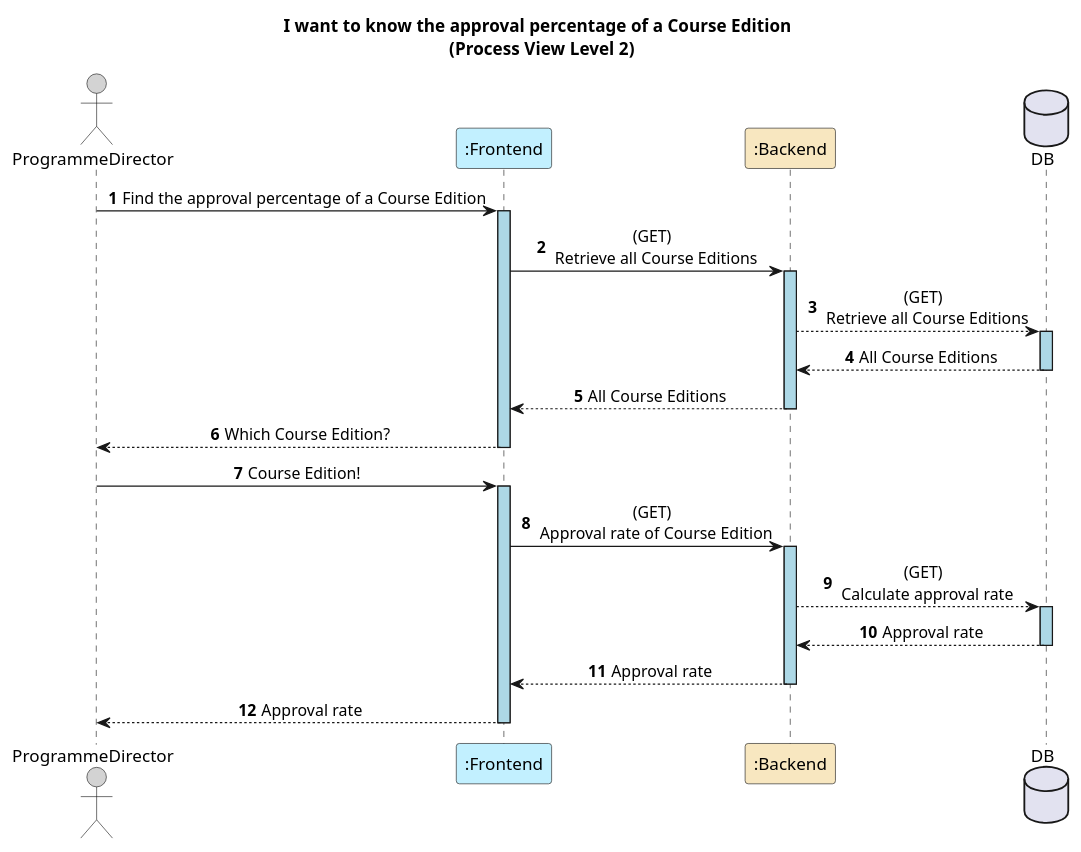
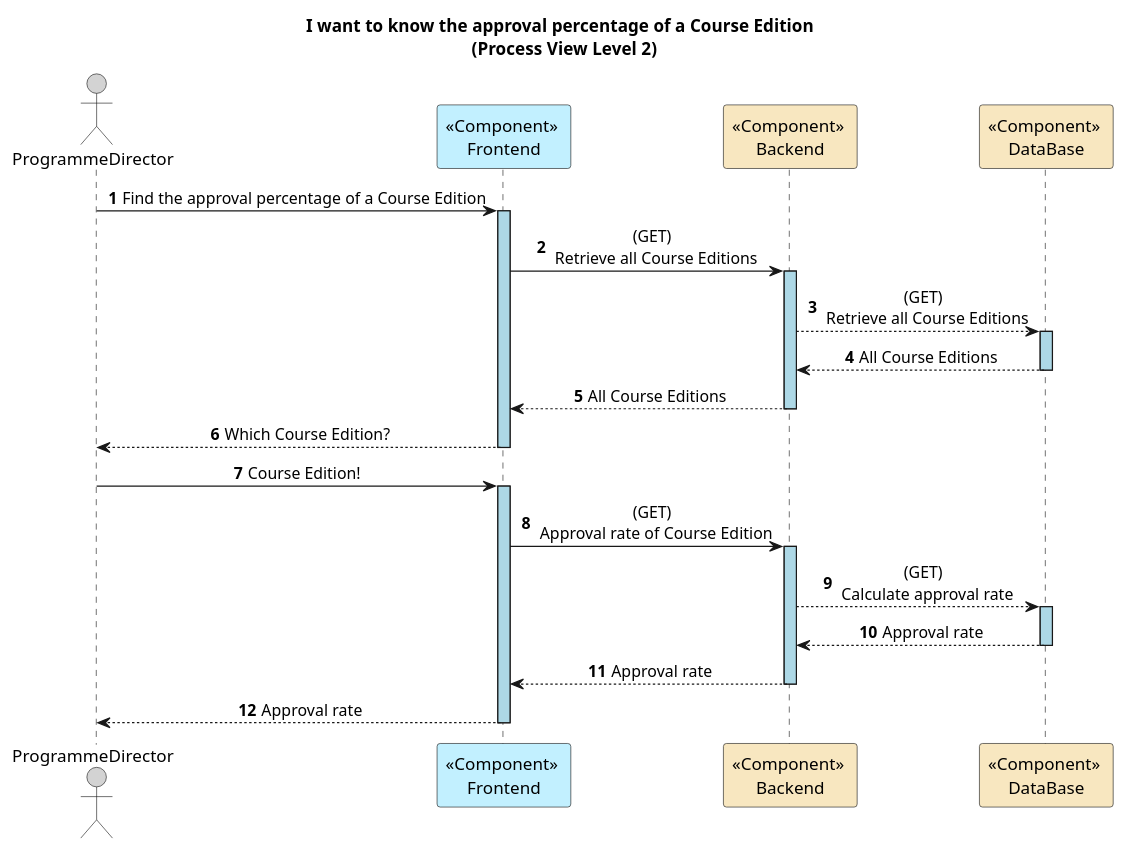
The diagram in docs/US23/REST_API/ProcessView/Level2.puml (GasparISEP/DevOps-PAI), drawn with PlantUML before and after one commit.

Commit message:
Fix participants' name in Process View's Level 2 Diagram. Refs #565

```diff
--- a/docs/US23/REST_API/ProcessView/Level2.puml
+++ b/docs/US23/REST_API/ProcessView/Level2.puml
@@ -1,40 +1,40 @@
 @startuml
 autonumber
 skinparam sequenceMessageAlign center
 skinparam sequenceLifeLineBackgroundColor lightblue
 title: I want to know the approval percentage of a Course Edition \n (Process View Level 2)
 actor ProgrammeDirector as ProgrammeDirector #lightgrey
 
-participant ":Frontend" as FE #application
-participant ":Backend" as BE #strategy
-database DB
+participant "<<Component>> \nFrontend" as FE #application
+participant "<<Component>> \nBackend" as BE #strategy
+participant "<<Component>> \nDataBase" as Database #strategy
 
 
 ProgrammeDirector -> FE : Find the approval percentage of a Course Edition
 activate FE
 FE -> BE : (GET) \n Retrieve all Course Editions
 activate BE
-BE --> DB : (GET) \n Retrieve all Course Editions
-activate DB
-DB --> BE : All Course Editions
-deactivate DB
+BE --> Database : (GET) \n Retrieve all Course Editions
+activate Database
+Database --> BE : All Course Editions
+deactivate Database
 BE --> FE : All Course Editions
 deactivate BE
 FE --> ProgrammeDirector : Which Course Edition?
 deactivate FE
 
 ProgrammeDirector -> FE: Course Edition!
 activate FE
 FE -> BE : (GET) \n Approval rate of Course Edition
 activate BE
-BE --> DB : (GET) \n Calculate approval rate
-activate DB
-DB --> BE :Approval rate
-deactivate DB
+BE --> Database : (GET) \n Calculate approval rate
+activate Database
+Database --> BE :Approval rate
+deactivate Database
 BE --> FE : Approval rate
 deactivate BE
 FE --> ProgrammeDirector : Approval rate
 deactivate FE
 
 
 @enduml
```
